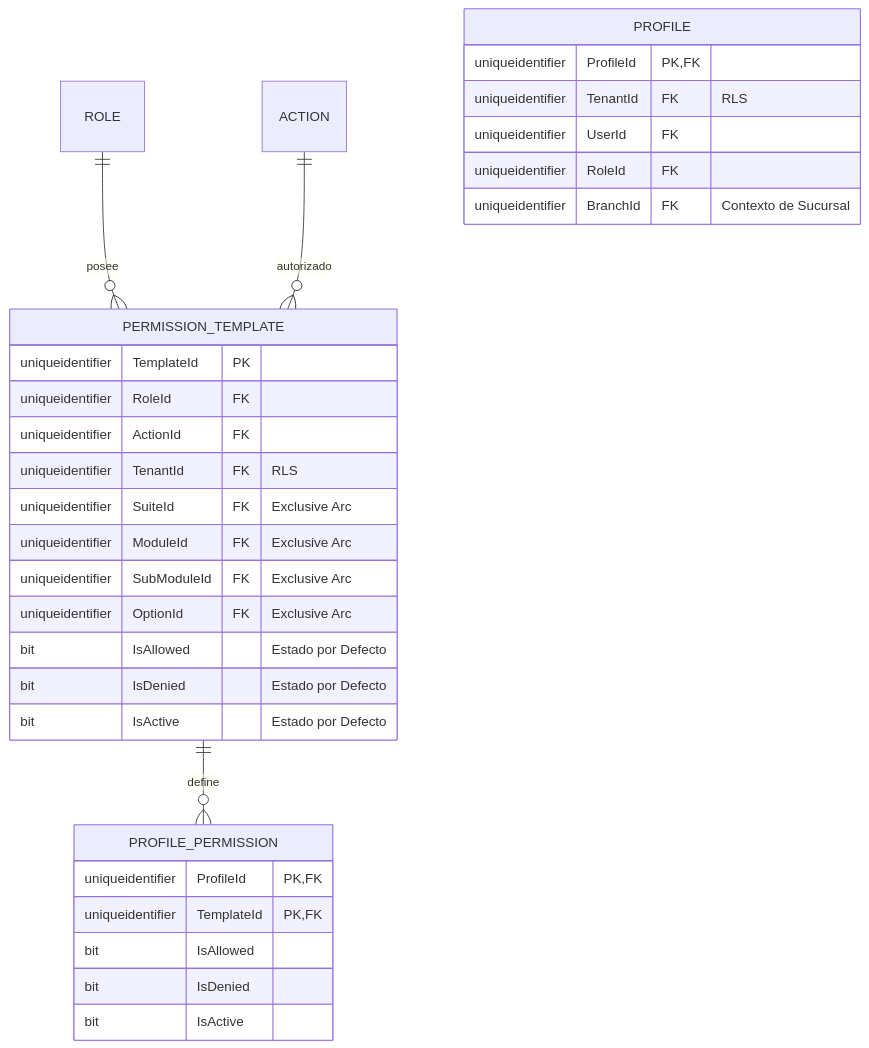
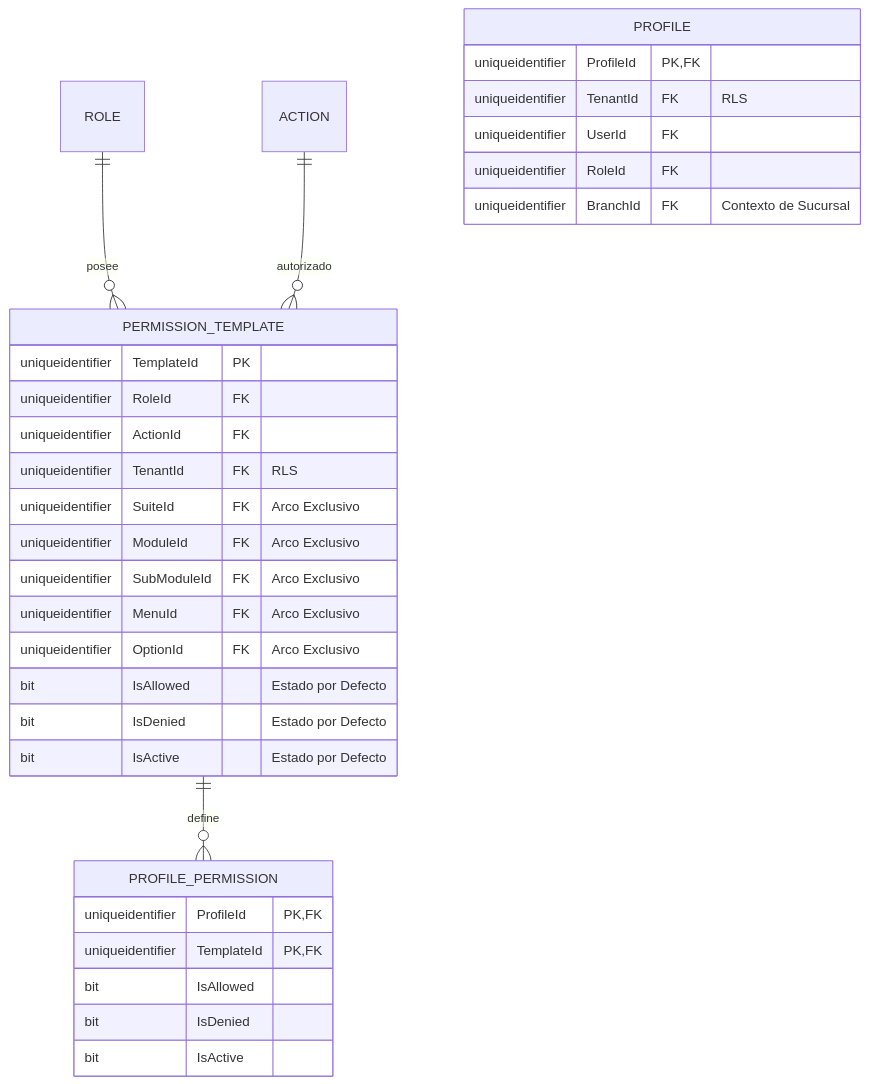
One commit to beyondnetcode/ums changed the second of 4 diagrams in docs/architecture/blueprints-es/database-design-er.md. Above: the diagram before and after it, drawn with Mermaid. The commit also changed other lines of this file and 1 other file, not shown here.

Commit message:
docs: add FUNCTIONAL_MENU table and expand authorization hierarchy to 6 levels

````diff
--- a/docs/architecture/blueprints-es/database-design-er.md
+++ b/docs/architecture/blueprints-es/database-design-er.md
@@ -68,36 +70,37 @@
 ```mermaid
 erDiagram
     ROLE ||--o{ PERMISSION_TEMPLATE : "posee"
     PERMISSION_TEMPLATE ||--o{ PROFILE_PERMISSION : "define"
     ACTION ||--o{ PERMISSION_TEMPLATE : "autorizado"
     
     PERMISSION_TEMPLATE {
         uniqueidentifier TemplateId PK
         uniqueidentifier RoleId FK
         uniqueidentifier ActionId FK
         uniqueidentifier TenantId FK "RLS"
-        uniqueidentifier SuiteId FK "Exclusive Arc"
-        uniqueidentifier ModuleId FK "Exclusive Arc"
-        uniqueidentifier SubModuleId FK "Exclusive Arc"
-        uniqueidentifier OptionId FK "Exclusive Arc"
+        uniqueidentifier SuiteId FK "Arco Exclusivo"
+        uniqueidentifier ModuleId FK "Arco Exclusivo"
+        uniqueidentifier SubModuleId FK "Arco Exclusivo"
+        uniqueidentifier MenuId FK "Arco Exclusivo"
+        uniqueidentifier OptionId FK "Arco Exclusivo"
         bit IsAllowed "Estado por Defecto"
         bit IsDenied "Estado por Defecto"
         bit IsActive "Estado por Defecto"
     }
     
     PROFILE {
         uniqueidentifier ProfileId PK, FK
         uniqueidentifier TenantId FK "RLS"
         uniqueidentifier UserId FK
         uniqueidentifier RoleId FK
         uniqueidentifier BranchId FK "Contexto de Sucursal"
     }
     
     PROFILE_PERMISSION {
         uniqueidentifier ProfileId PK, FK
         uniqueidentifier TemplateId PK, FK
         bit IsAllowed
         bit IsDenied
         bit IsActive
     }
 ```
````
